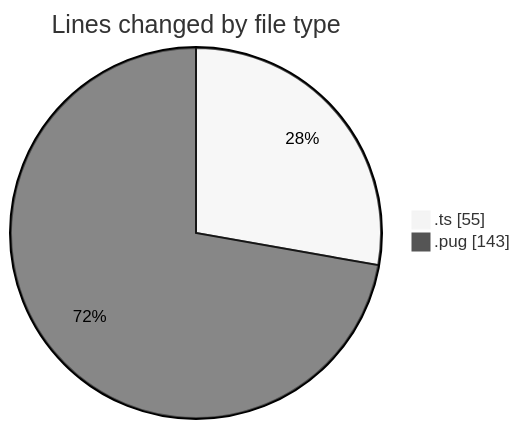
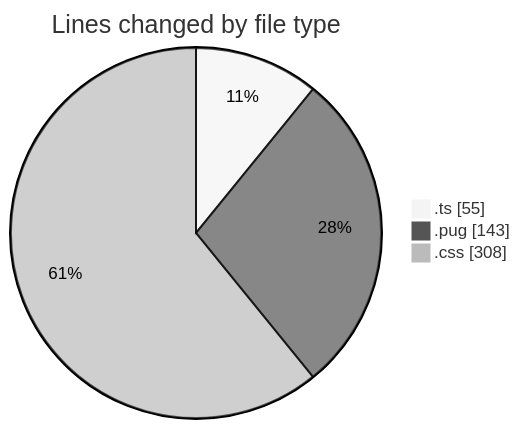
Before and after one commit to momahboobian/code-tracking: the first of 2 diagrams in 2025-10-31/cda/README.md, drawn with Mermaid (neutral theme). The commit also changed other lines of this file and 1 other file, not shown here.

````diff
--- a/2025-10-31/cda/README.md
+++ b/2025-10-31/cda/README.md
@@ -23,6 +24,7 @@
 ```mermaid
 pie showData
 title Lines changed by file type
 ".ts" : 55
 ".pug" : 143
+".css" : 308
 ```
````
